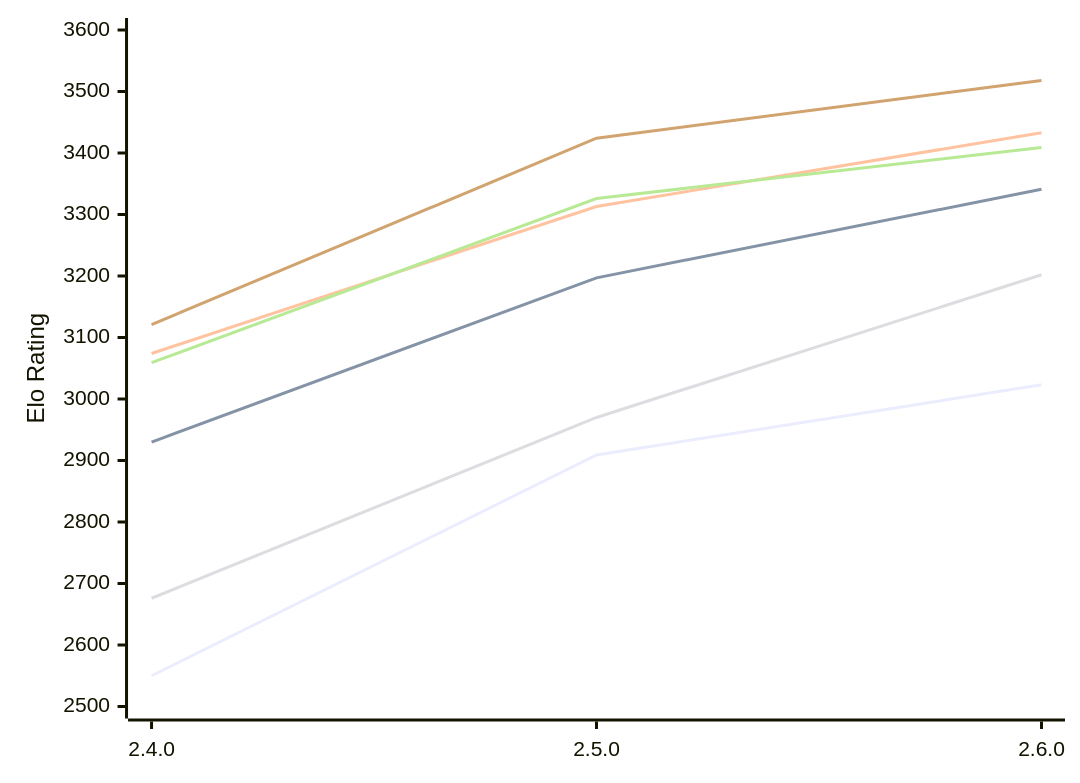
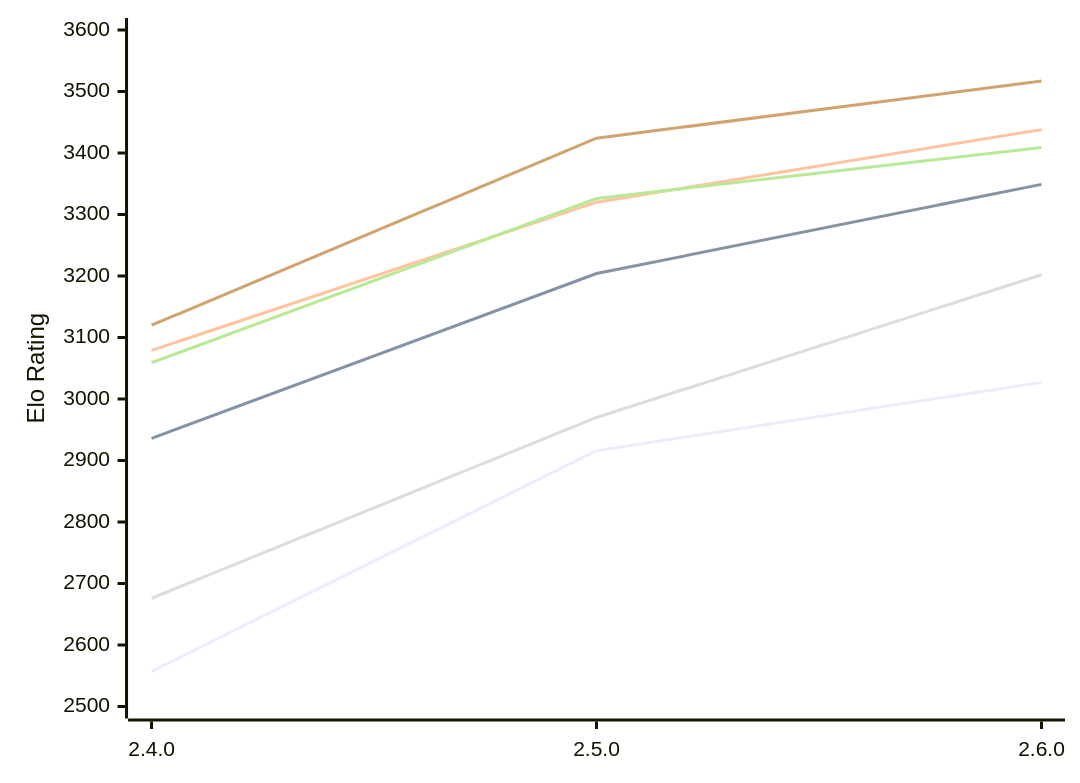
The diagram in engines/Rarog.md (computer-chess-index/cci), drawn with Mermaid before and after one commit. The commit also changed other lines of this file, not shown here.

Commit message:
Update CCI Ratings (ELO VLTC) - 2026-11-10

````diff
--- a/engines/Rarog.md
+++ b/engines/Rarog.md
@@ -51,12 +51,12 @@
 ```mermaid
 %%{init: {"theme":"base","themeVariables":{"seriesColors:['#a3a3a3','#222221','#faa371']}}}%%
 xychart-beta
   x-axis ["2.4.0", "2.5.0", "2.6.0"]
   y-axis "Elo Rating" 2500 --> 3600
-  line "E1: STC (8.0+0.08s)" [2550, 2909, 3023]
-  line "E1: LTC (60.0+0.60s)" [2930, 3197, 3341]
-  line "E1: VLTC (2m24s+1.12s)" [3074, 3313, 3433]
+  line "E1: STC (8.0+0.08s)" [2557, 2916, 3027]
+  line "E1: LTC (60.0+0.60s)" [2936, 3204, 3349]
+  line "E1: VLTC (2m24s+1.12s)" [3079, 3320, 3438]
   line "P1: STC (8.0+0.08s)" [2676, 2970, 3202]
   line "P1: LTC (60.0+0.60s)" [3059, 3326, 3409]
-  line "P1: VLTC (2m24s+1.12s)" [3121, 3424, 3518]
+  line "P1: VLTC (2m24s+1.12s)" [3120, 3424, 3517]
 ```
````
